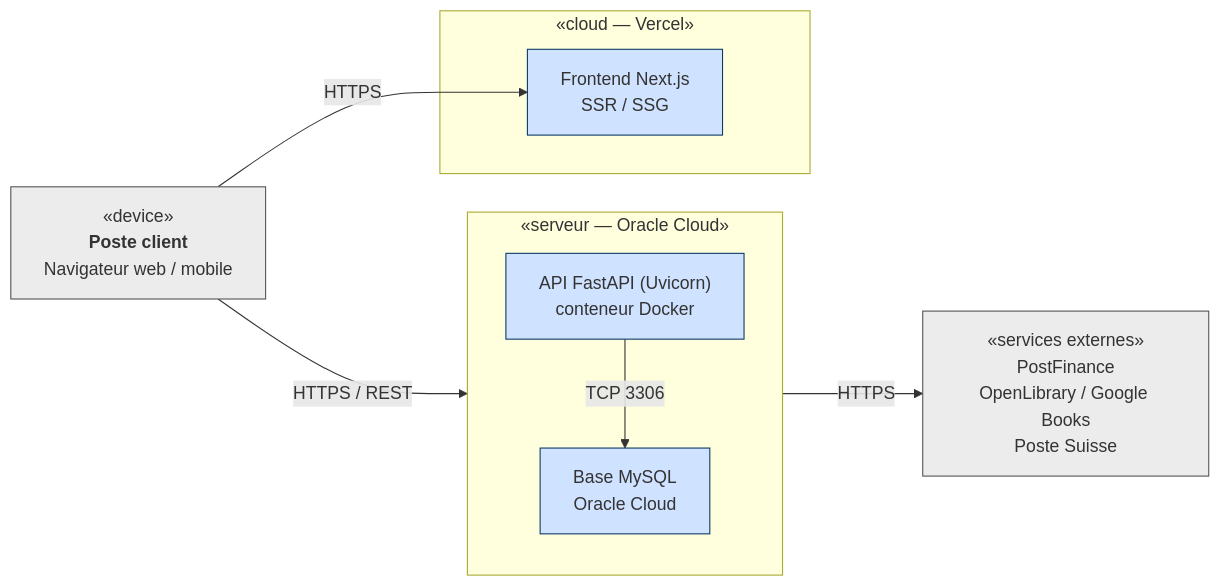
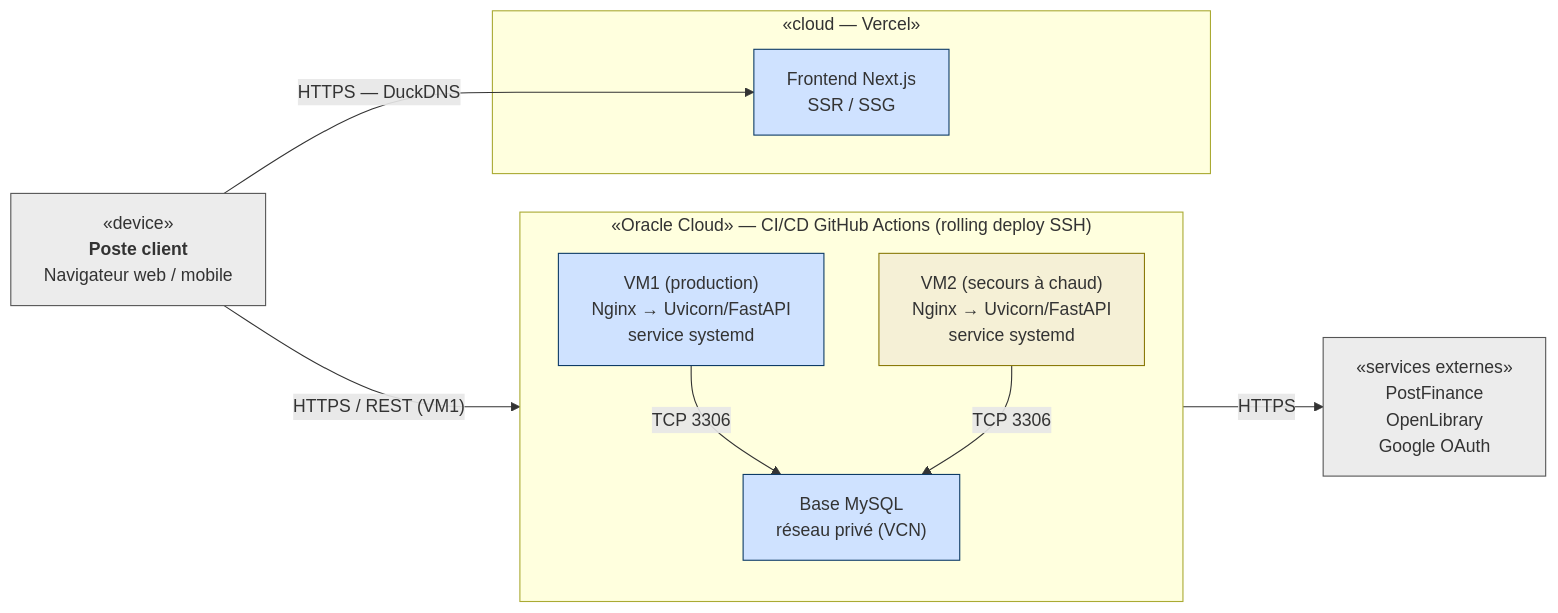
Before and after one commit to Visualstudiocodetest/caribooks: the diagram in diagrams/deploiement.mmd, drawn with Mermaid. The commit also changed 27 other files, not shown here.

```diff
--- a/diagrams/deploiement.mmd
+++ b/diagrams/deploiement.mmd
@@ -1,25 +1,29 @@
 %% Diagramme de déploiement — infrastructure physique de CARIBOOKS
 flowchart LR
     client["«device»<br/><b>Poste client</b><br/>Navigateur web / mobile"]
 
     subgraph vercel["«cloud — Vercel»"]
         fe["Frontend Next.js<br/>SSR / SSG"]
     end
 
-    subgraph oracle["«serveur — Oracle Cloud»"]
+    subgraph oracle["«Oracle Cloud» — CI/CD GitHub Actions (rolling deploy SSH)"]
         direction TB
-        api["API FastAPI (Uvicorn)<br/>conteneur Docker"]
-        db["Base MySQL<br/>Oracle Cloud"]
-        api -->|TCP 3306| db
+        vm1["VM1 (production)<br/>Nginx → Uvicorn/FastAPI<br/>service systemd"]
+        vm2["VM2 (secours à chaud)<br/>Nginx → Uvicorn/FastAPI<br/>service systemd"]
+        db["Base MySQL<br/>réseau privé (VCN)"]
+        vm1 -->|TCP 3306| db
+        vm2 -->|TCP 3306| db
     end
 
-    ext["«services externes»<br/>PostFinance<br/>OpenLibrary / Google Books<br/>Poste Suisse"]
+    ext["«services externes»<br/>PostFinance<br/>OpenLibrary<br/>Google OAuth"]
 
-    client -->|HTTPS| fe
-    client -->|HTTPS / REST| api
-    api -->|HTTPS| ext
+    client -->|HTTPS — DuckDNS| fe
+    client -->|"HTTPS / REST (VM1)"| vm1
+    vm1 -->|HTTPS| ext
 
     classDef device fill:#ececec,stroke:#555;
     classDef artifact fill:#cfe2ff,stroke:#0d3b66;
+    classDef standby fill:#f5f0d6,stroke:#8a7a0a;
     class client,ext device;
-    class fe,api,db artifact;
+    class fe,vm1,db artifact;
+    class vm2 standby;
```
